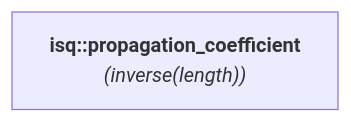
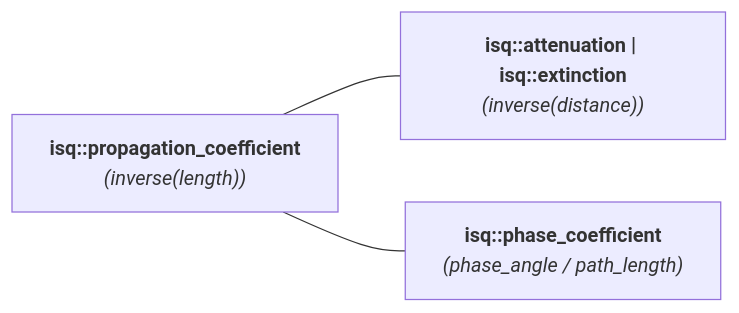
Before and after one commit to mpusz/mp-units: the diagram in docs/reference/systems_reference/hierarchies/propagation_coefficient_isq.md, drawn with Mermaid. The commit also changed 83 other files, not shown here.

````diff
--- a/docs/reference/systems_reference/hierarchies/propagation_coefficient_isq.md
+++ b/docs/reference/systems_reference/hierarchies/propagation_coefficient_isq.md
@@ -8,4 +8,8 @@
 ```mermaid
 flowchart LR
     isq_propagation_coefficient["<b><a href="../../systems/isq/#propagation_coefficient" style="color: var(--md-mermaid-label-fg-color); text-decoration: none;">isq::propagation_coefficient</a></b><br><i>(inverse(<a href="../../systems/isq/#length" style="color: var(--md-mermaid-label-fg-color); text-decoration: none;">length</a>))</i>"]
+    isq_attenuation["<b><a href="../../systems/isq/#attenuation" style="color: var(--md-mermaid-label-fg-color); text-decoration: none;">isq::attenuation</a> | <a href="../../systems/isq/#extinction" style="color: var(--md-mermaid-label-fg-color); text-decoration: none;">isq::extinction</a></b><br><i>(inverse(<a href="../../systems/isq/#distance" style="color: var(--md-mermaid-label-fg-color); text-decoration: none;">distance</a>))</i>"]
+    isq_propagation_coefficient --- isq_attenuation
+    isq_phase_coefficient["<b><a href="../../systems/isq/#phase_coefficient" style="color: var(--md-mermaid-label-fg-color); text-decoration: none;">isq::phase_coefficient</a></b><br><i>(<a href="../../systems/isq/#phase_angle" style="color: var(--md-mermaid-label-fg-color); text-decoration: none;">phase_angle</a> / <a href="../../systems/isq/#path_length" style="color: var(--md-mermaid-label-fg-color); text-decoration: none;">path_length</a>)</i>"]
+    isq_propagation_coefficient --- isq_phase_coefficient
 ```
````
